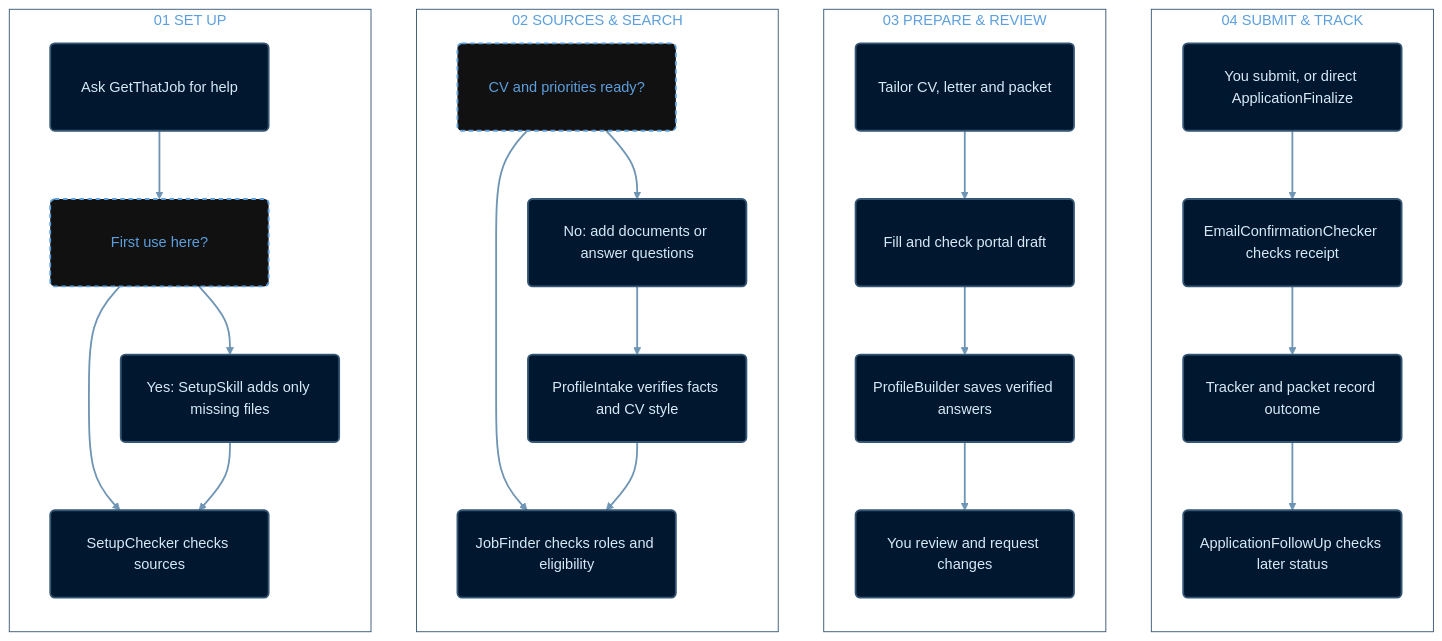
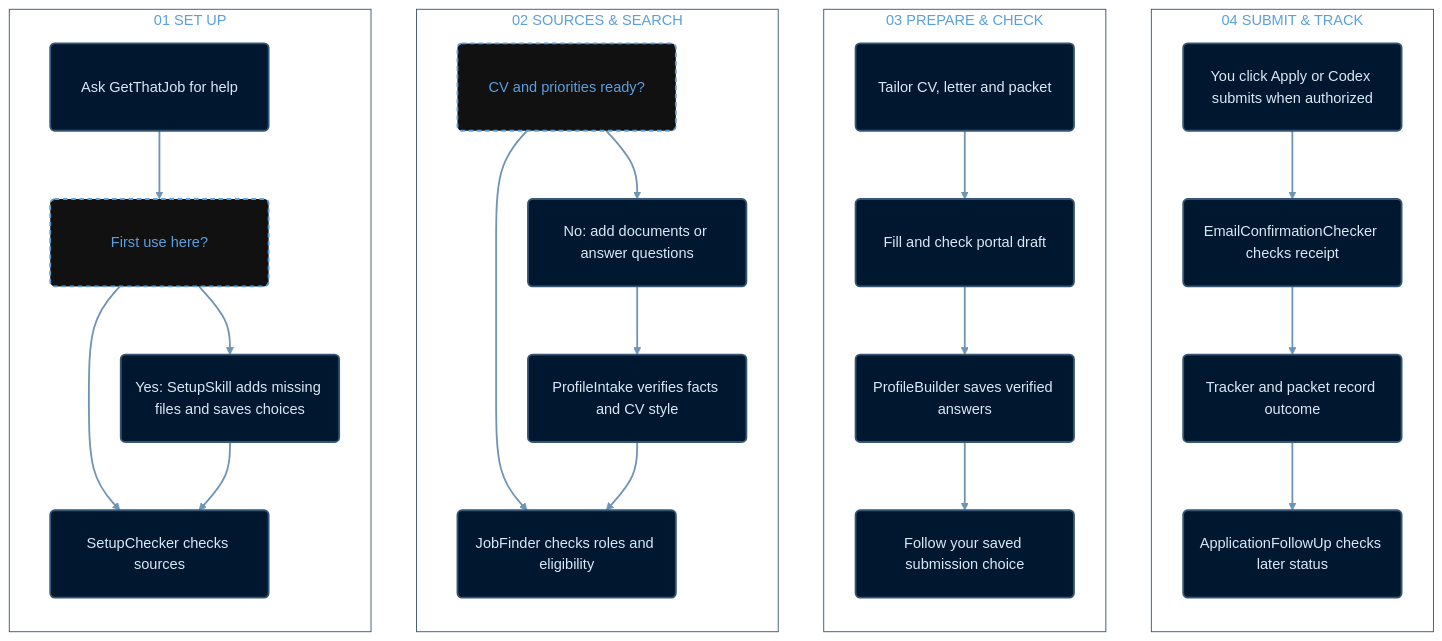
The diagram in README.md (YazanMahaini/GetThatJob), drawn with Mermaid (forest theme) before and after one commit. The commit also changed other lines of this file and 14 other files, not shown here.

Commit message:
Add persistent submission preference and receipt prompts

````diff
--- a/README.md
+++ b/README.md
@@ -13,41 +13,41 @@
 ```mermaid
 flowchart LR
     subgraph setup["01  SET UP"]
         direction TB
         A("<div style='width:210px;height:66px;display:flex;align-items:center;justify-content:center;text-align:center'>Ask GetThatJob for help</div>") --> B("<div style='width:210px;height:66px;display:flex;align-items:center;justify-content:center;text-align:center'>First use here?</div>")
-        B --> C("<div style='width:210px;height:66px;display:flex;align-items:center;justify-content:center;text-align:center'>Yes: SetupSkill adds only missing files</div>")
+        B --> C("<div style='width:210px;height:66px;display:flex;align-items:center;justify-content:center;text-align:center'>Yes: SetupSkill adds missing files and saves choices</div>")
         B --> D("<div style='width:210px;height:66px;display:flex;align-items:center;justify-content:center;text-align:center'>SetupChecker checks sources</div>")
         C --> D
     end
     subgraph search["02  SOURCES & SEARCH"]
         direction TB
         E("<div style='width:210px;height:66px;display:flex;align-items:center;justify-content:center;text-align:center'>CV and priorities ready?</div>")
         E --> F("<div style='width:210px;height:66px;display:flex;align-items:center;justify-content:center;text-align:center'>No: add documents or answer questions</div>")
         F --> G("<div style='width:210px;height:66px;display:flex;align-items:center;justify-content:center;text-align:center'>ProfileIntake verifies facts and CV style</div>")
         E --> H("<div style='width:210px;height:66px;display:flex;align-items:center;justify-content:center;text-align:center'>JobFinder checks roles and eligibility</div>")
         G --> H
     end
-    subgraph prepare["03  PREPARE & REVIEW"]
+    subgraph prepare["03  PREPARE & CHECK"]
         direction TB
         I("<div style='width:210px;height:66px;display:flex;align-items:center;justify-content:center;text-align:center'>Tailor CV, letter and packet</div>") --> J("<div style='width:210px;height:66px;display:flex;align-items:center;justify-content:center;text-align:center'>Fill and check portal draft</div>")
         J --> P("<div style='width:210px;height:66px;display:flex;align-items:center;justify-content:center;text-align:center'>ProfileBuilder saves verified answers</div>")
-        P --> K("<div style='width:210px;height:66px;display:flex;align-items:center;justify-content:center;text-align:center'>You review and request changes</div>")
+        P --> K("<div style='width:210px;height:66px;display:flex;align-items:center;justify-content:center;text-align:center'>Follow your saved submission choice</div>")
     end
     subgraph outcome["04  SUBMIT & TRACK"]
         direction TB
-        L("<div style='width:210px;height:66px;display:flex;align-items:center;justify-content:center;text-align:center'>You submit, or direct ApplicationFinalize</div>") --> M("<div style='width:210px;height:66px;display:flex;align-items:center;justify-content:center;text-align:center'>EmailConfirmationChecker checks receipt</div>")
+        L("<div style='width:210px;height:66px;display:flex;align-items:center;justify-content:center;text-align:center'>You click Apply or Codex submits when authorized</div>") --> M("<div style='width:210px;height:66px;display:flex;align-items:center;justify-content:center;text-align:center'>EmailConfirmationChecker checks receipt</div>")
         M --> N("<div style='width:210px;height:66px;display:flex;align-items:center;justify-content:center;text-align:center'>Tracker and packet record outcome</div>")
         N --> O("<div style='width:210px;height:66px;display:flex;align-items:center;justify-content:center;text-align:center'>ApplicationFollowUp checks later status</div>")
     end
     setup --> search --> prepare --> outcome
     classDef step fill:#00182f,stroke:#355675,color:#d9e8f6,stroke-width:2px;
     classDef decision fill:#111111,stroke:#5c9fde,color:#5c9fde,stroke-width:2px,stroke-dasharray:5 4;
     class A,C,D,F,G,H,I,J,P,K,L,M,N,O step;
     class B,E decision;
     style setup fill:transparent,stroke:#355675,color:#5c9fde
     style search fill:transparent,stroke:#355675,color:#5c9fde
     style prepare fill:transparent,stroke:#355675,color:#5c9fde
     style outcome fill:transparent,stroke:#355675,color:#5c9fde
     linkStyle 0,1,2,3,4,5,6,7,8,9,10,11,12,13 stroke:#6f95b5,stroke-width:2px;
     linkStyle 14,15,16 stroke:transparent,fill:transparent;
 ```
````
